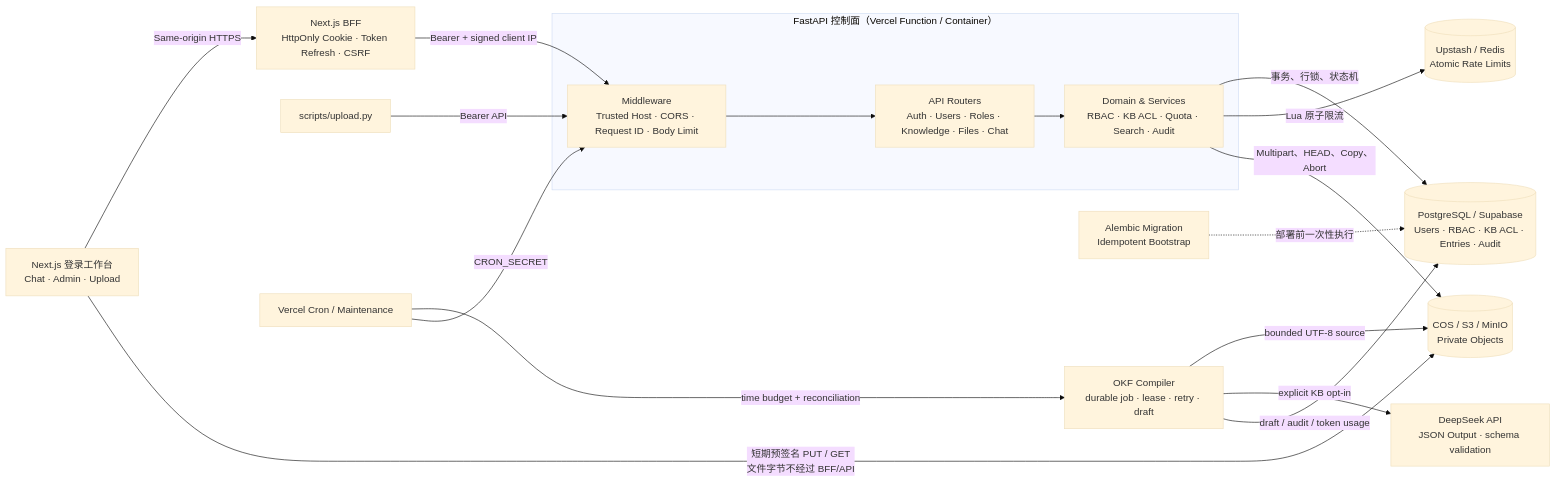
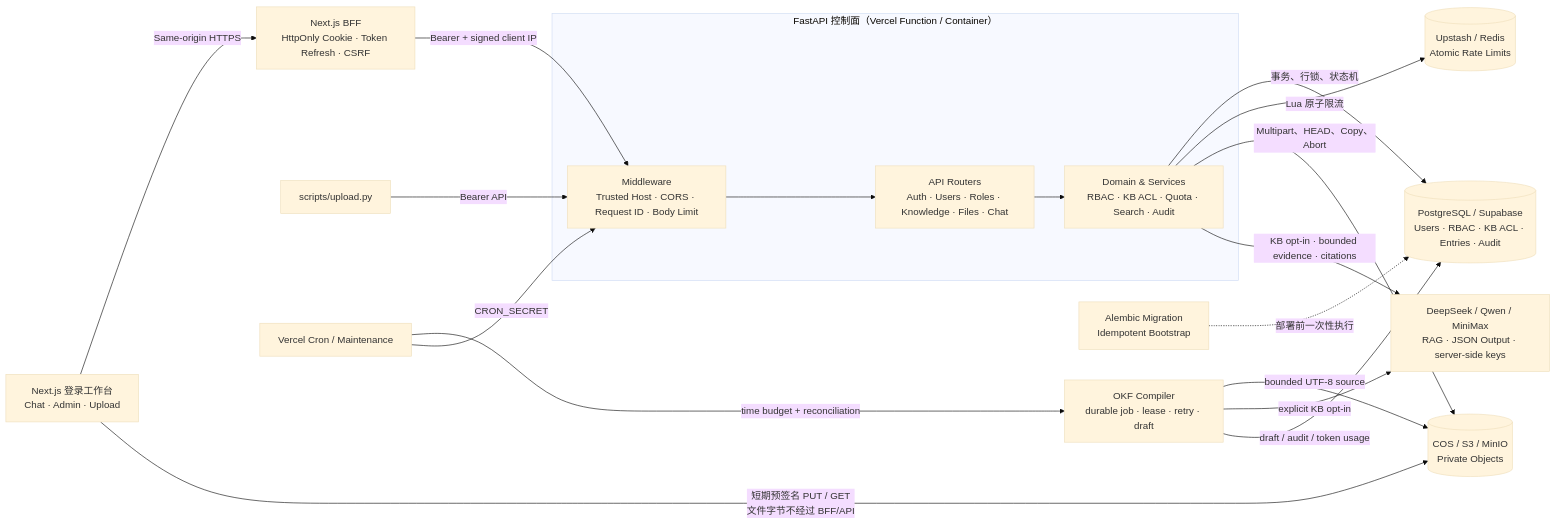
The first of 2 diagrams in README.md (SuperGokou/knowledgebases), drawn with Mermaid (base theme) before and after one commit. The commit also changed other lines of this file and 12 other files, not shown here.

````diff
--- a/README.md
+++ b/README.md
@@ -73,35 +73,36 @@
 ```mermaid
 flowchart LR
     Browser["Next.js 登录工作台<br/>Chat · Admin · Upload"]
     BFF["Next.js BFF<br/>HttpOnly Cookie · Token Refresh · CSRF"]
     CLI["scripts/upload.py"]
     Cron["Vercel Cron / Maintenance"]
     Ops["Alembic Migration<br/>Idempotent Bootstrap"]
 
     subgraph Control["FastAPI 控制面（Vercel Function / Container）"]
         Middleware["Middleware<br/>Trusted Host · CORS · Request ID · Body Limit"]
         API["API Routers<br/>Auth · Users · Roles · Knowledge · Files · Chat"]
         Services["Domain & Services<br/>RBAC · KB ACL · Quota · Search · Audit"]
         Middleware --> API --> Services
     end
 
     PostgreSQL[("PostgreSQL / Supabase<br/>Users · RBAC · KB ACL · Entries · Audit")]
     Redis[("Upstash / Redis<br/>Atomic Rate Limits")]
     Storage[("COS / S3 / MinIO<br/>Private Objects")]
-    DeepSeek["DeepSeek API<br/>JSON Output · schema validation"]
+    LLM["DeepSeek / Qwen / MiniMax<br/>RAG · JSON Output · server-side keys"]
     OKFWorker["OKF Compiler<br/>durable job · lease · retry · draft"]
 
     Browser -->|"Same-origin HTTPS"| BFF
     BFF -->|"Bearer + signed client IP"| Middleware
     CLI -->|"Bearer API"| Middleware
     Services -->|"事务、行锁、状态机"| PostgreSQL
     Services -->|"Lua 原子限流"| Redis
     Services -->|"Multipart、HEAD、Copy、Abort"| Storage
+    Services -->|"KB opt-in · bounded evidence · citations"| LLM
     Browser -->|"短期预签名 PUT / GET<br/>文件字节不经过 BFF/API"| Storage
     Cron -->|"time budget + reconciliation"| OKFWorker
     OKFWorker -->|"bounded UTF-8 source"| Storage
-    OKFWorker -->|"explicit KB opt-in"| DeepSeek
+    OKFWorker -->|"explicit KB opt-in"| LLM
     OKFWorker -->|"draft / audit / token usage"| PostgreSQL
     Cron -->|"CRON_SECRET"| Middleware
     Ops -.->|"部署前一次性执行"| PostgreSQL
 ```
````
